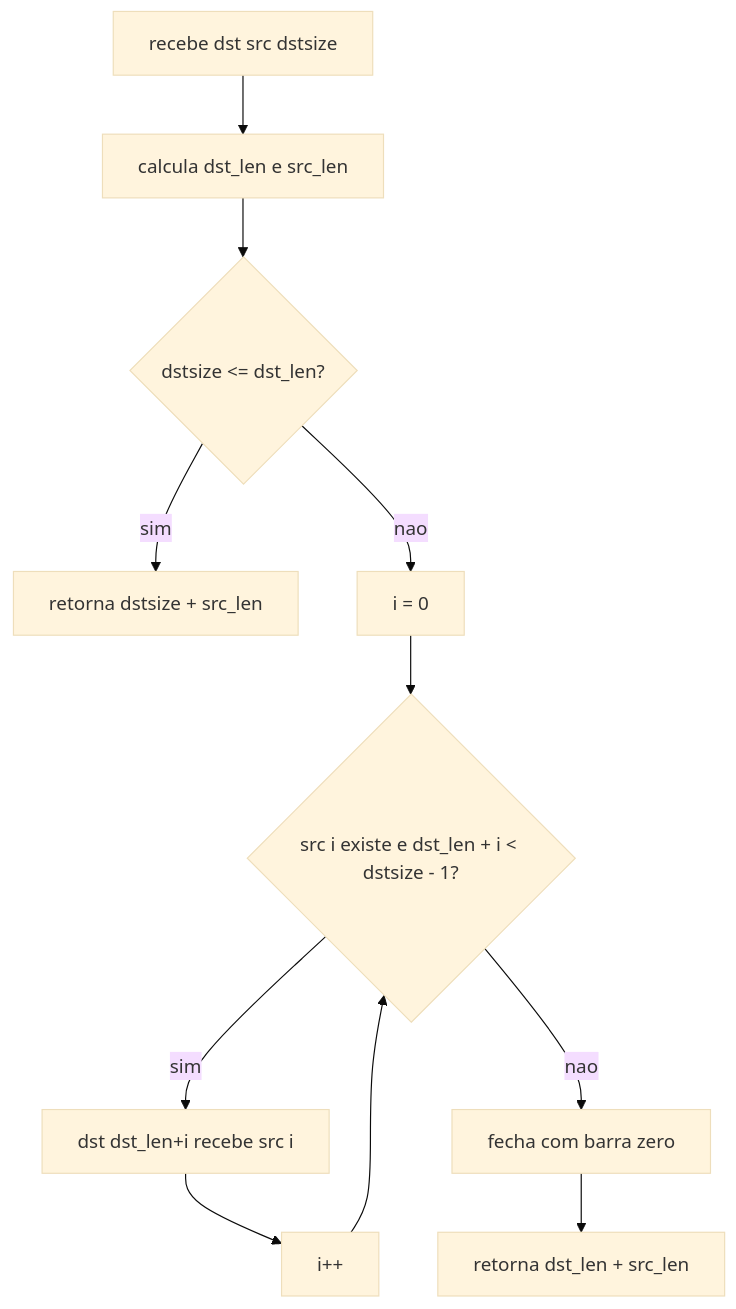
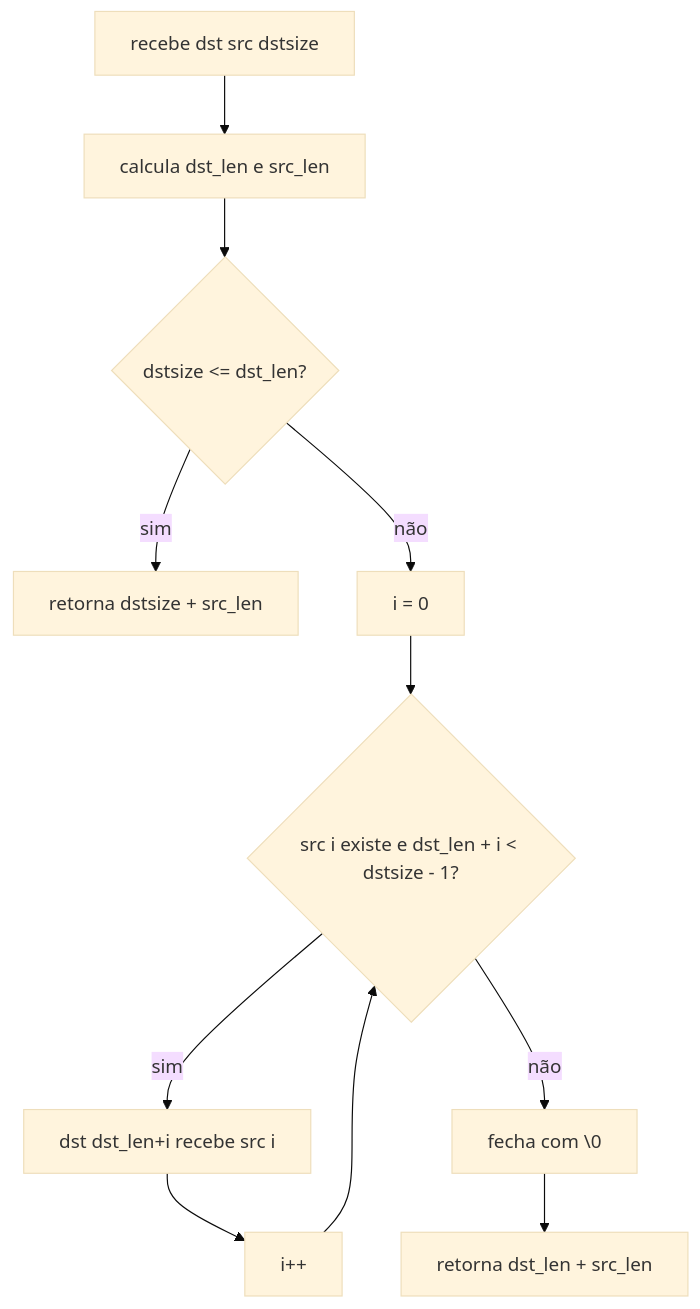
Before and after one commit to ahy-git/docs: diagram 12 of 43 in 1-libft/Readme.md, drawn with Mermaid (base theme). The commit also changed other lines of this file and 1 other file, not shown here.

````diff
--- a/1-libft/Readme.md
+++ b/1-libft/Readme.md
@@ -1114,13 +1114,13 @@
 ```mermaid
 flowchart TD
-	A[recebe dst src dstsize] --> B[calcula dst_len e src_len]
-	B --> C{dstsize <= dst_len?}
-	C -- sim --> D[retorna dstsize + src_len]
-	C -- nao --> E[i = 0]
-	E --> F{src i existe e dst_len + i < dstsize - 1?}
-	F -- sim --> G[dst dst_len+i recebe src i]
-	G --> H[i++]
+	A["recebe dst src dstsize"] --> B["calcula dst_len e src_len"]
+	B --> C{"dstsize <= dst_len?"}
+	C -- sim --> D["retorna dstsize + src_len"]
+	C -- não --> E["i = 0"]
+	E --> F{"src i existe e dst_len + i < dstsize - 1?"}
+	F -- sim --> G["dst dst_len+i recebe src i"]
+	G --> H["i++"]
 	H --> F
-	F -- nao --> I[fecha com barra zero]
-	I --> J[retorna dst_len + src_len]
+	F -- não --> I["fecha com \0"]
+	I --> J["retorna dst_len + src_len"]
 ```
````
